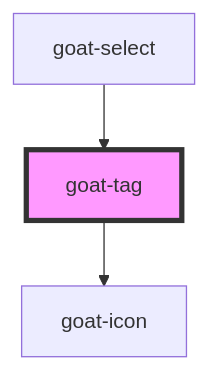
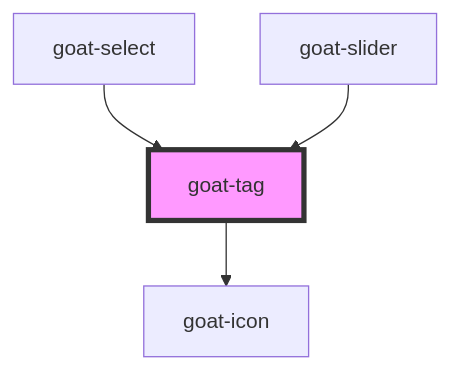
One commit to goatui/components changed the diagram in src/components/data-display/tag/readme.md. Above: the diagram before and after it, drawn with Mermaid. The commit also changed other lines of this file and 9 other files, not shown here.

````diff
--- a/src/components/data-display/tag/readme.md
+++ b/src/components/data-display/tag/readme.md
@@ -36,6 +37,7 @@
 ```mermaid
 graph TD;
   goat-tag --> goat-icon
   goat-select --> goat-tag
+  goat-slider --> goat-tag
   style goat-tag fill:#f9f,stroke:#333,stroke-width:4px
 ```
````
